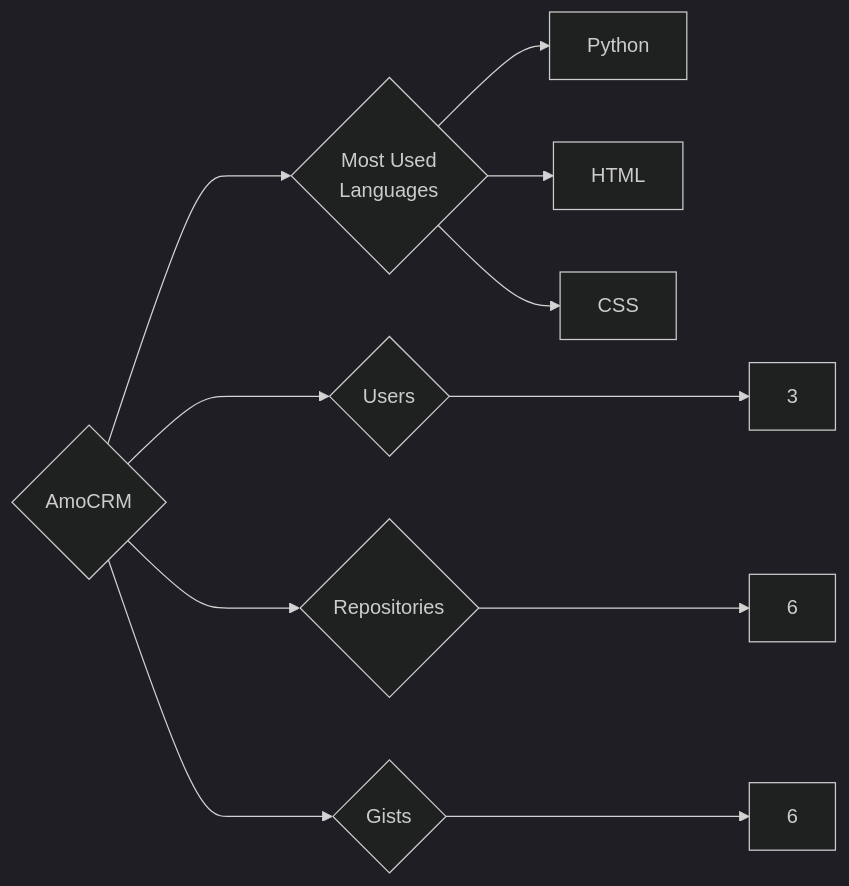
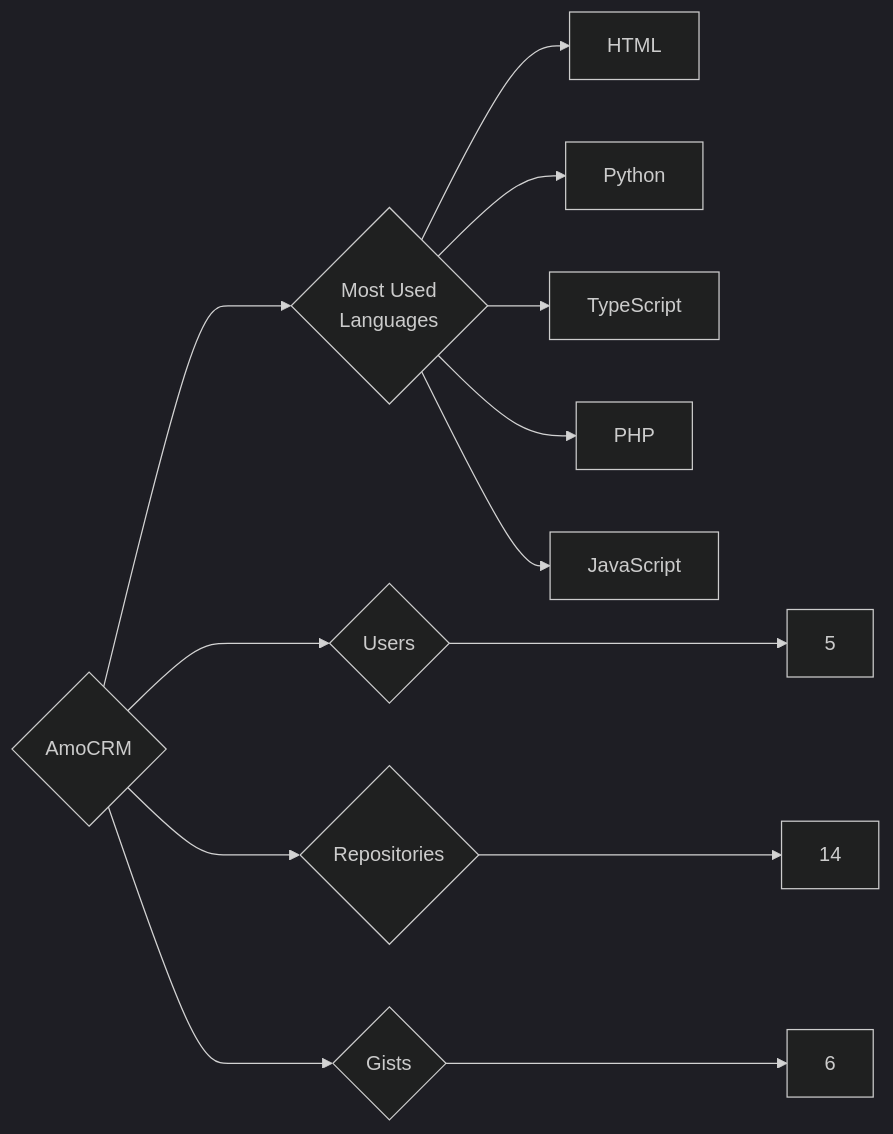
One commit to trickest/insiders changed the diagram in targets/AmoCRM/README.md. Above: the diagram before and after it, drawn with Mermaid (dark theme). The commit also changed 1170 other files, not shown here.

````diff
--- a/targets/AmoCRM/README.md
+++ b/targets/AmoCRM/README.md
@@ -3,11 +3,13 @@
 ```mermaid
 graph LR
 COMPANY_NAME{AmoCRM}
-COMPANY_NAME ---> U{Users} ---> UN[3]
-COMPANY_NAME ---> R{Repositories} ---> RN[6]
+COMPANY_NAME ---> U{Users} ---> UN[5]
+COMPANY_NAME ---> R{Repositories} ---> RN[14]
 COMPANY_NAME ---> G{Gists} ---> GN[6]
 COMPANY_NAME ---> ML{Most Used<br>Languages}
+ML --> HTML[HTML]
 ML --> Python[Python]
-ML --> HTML[HTML]
-ML --> CSS[CSS]
+ML --> TypeScript[TypeScript]
+ML --> PHP[PHP]
+ML --> JavaScript[JavaScript]
 ```
````
